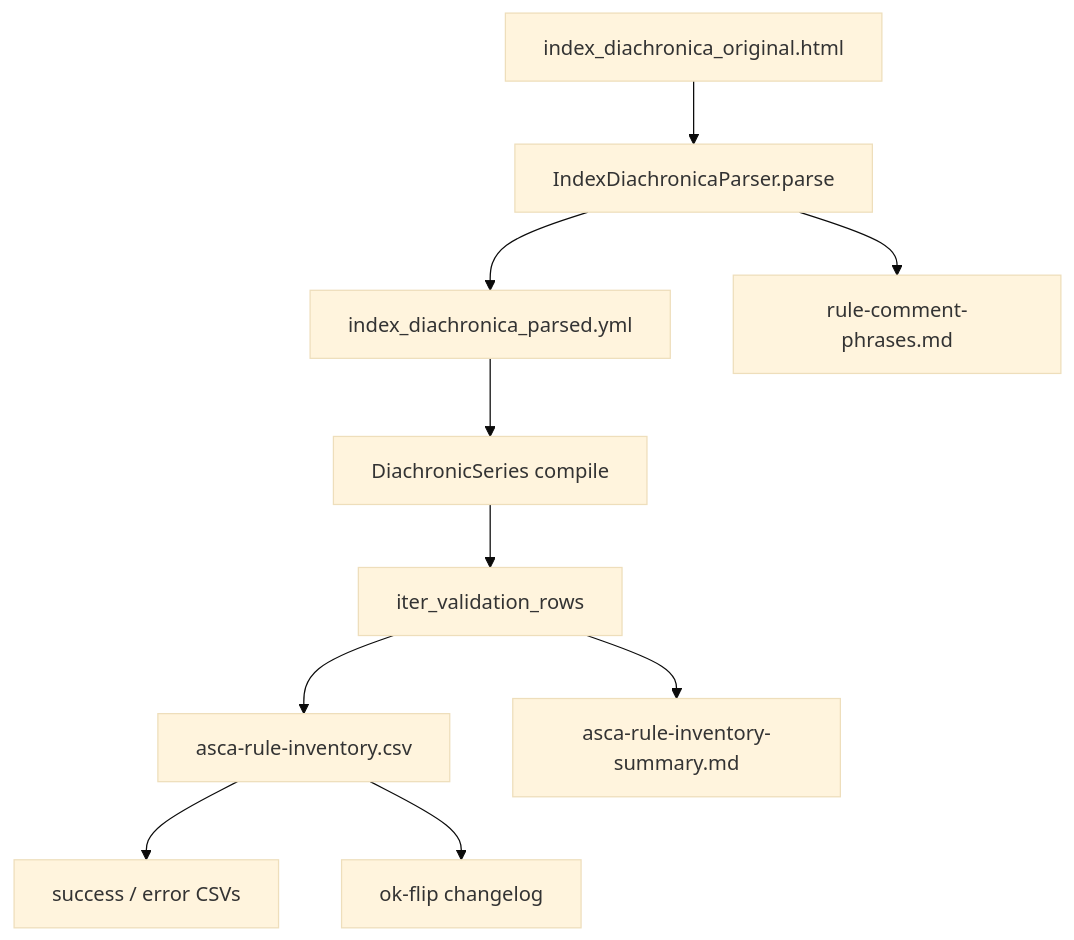
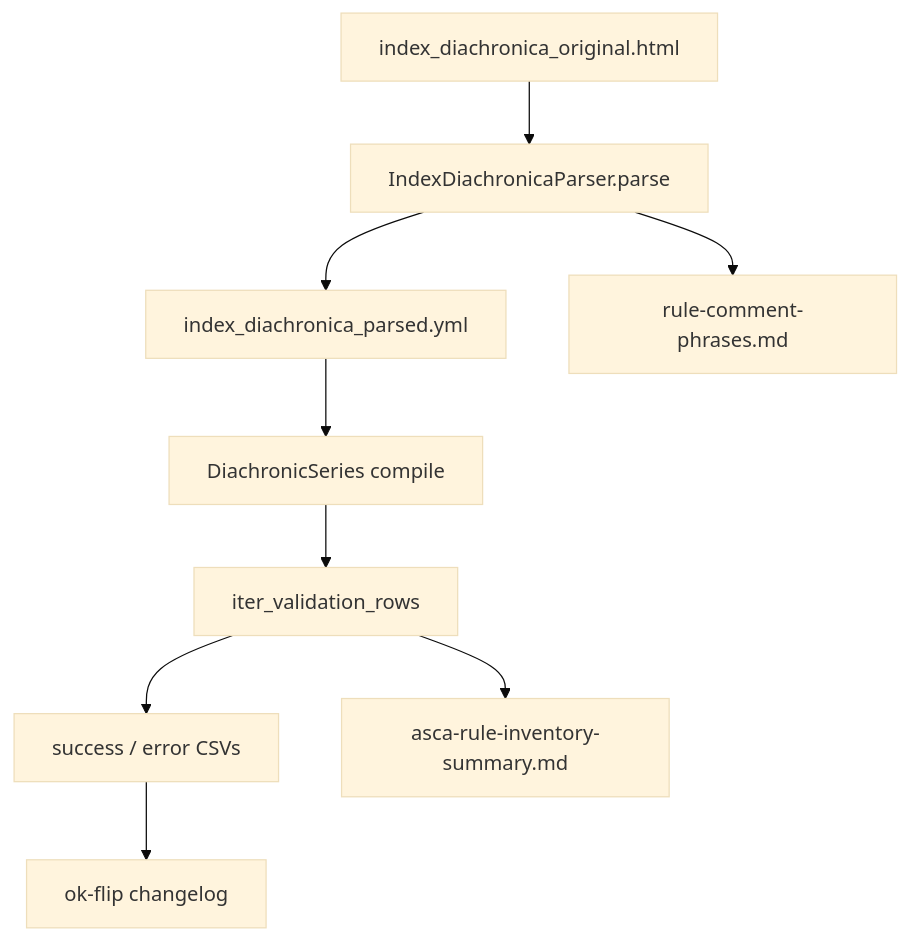
The diagram in docs/validate.md (Pappa/conlanger), drawn with Mermaid (base theme) before and after one commit. The commit also changed other lines of this file and 6 other files, not shown here.

First line of the commit message:
Drop full inventory CSVs; keep success/error splits and changelog.

````diff
--- a/docs/validate.md
+++ b/docs/validate.md
@@ -21,20 +21,19 @@
 ```mermaid
 flowchart TD
   HTML[index_diachronica_original.html]
   Parse[IndexDiachronicaParser.parse]
   YAML[index_diachronica_parsed.yml]
   CommentSummary[rule-comment-phrases.md]
   Compile[DiachronicSeries compile]
   Inv[iter_validation_rows]
-  CSV[asca-rule-inventory.csv]
   Split[success / error CSVs]
   Changelog[ok-flip changelog]
   Summary[asca-rule-inventory-summary.md]
 
   HTML --> Parse --> YAML
   Parse --> CommentSummary
   YAML --> Compile --> Inv
-  Inv --> CSV --> Split
-  CSV --> Changelog
+  Inv --> Split
+  Split --> Changelog
   Inv --> Summary
 ```
````
